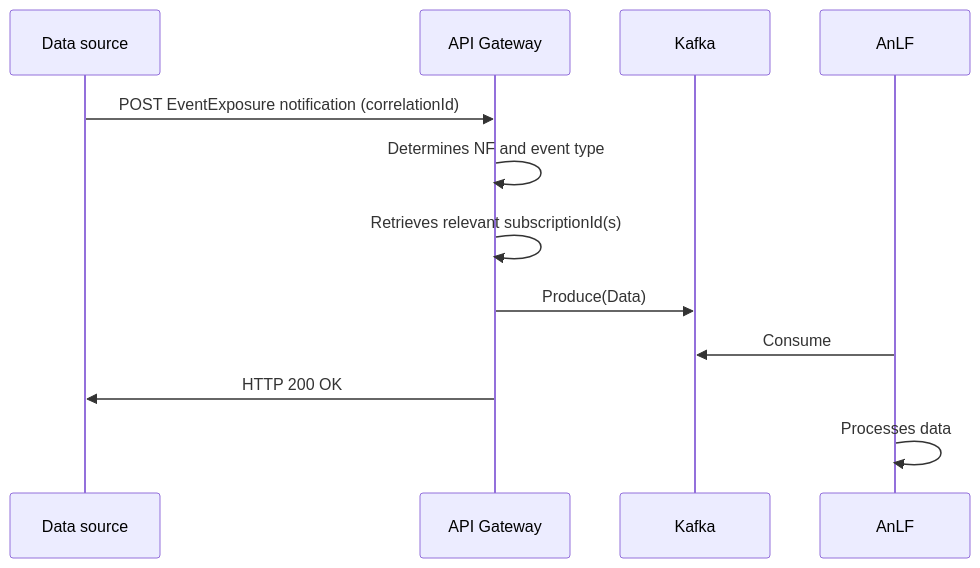
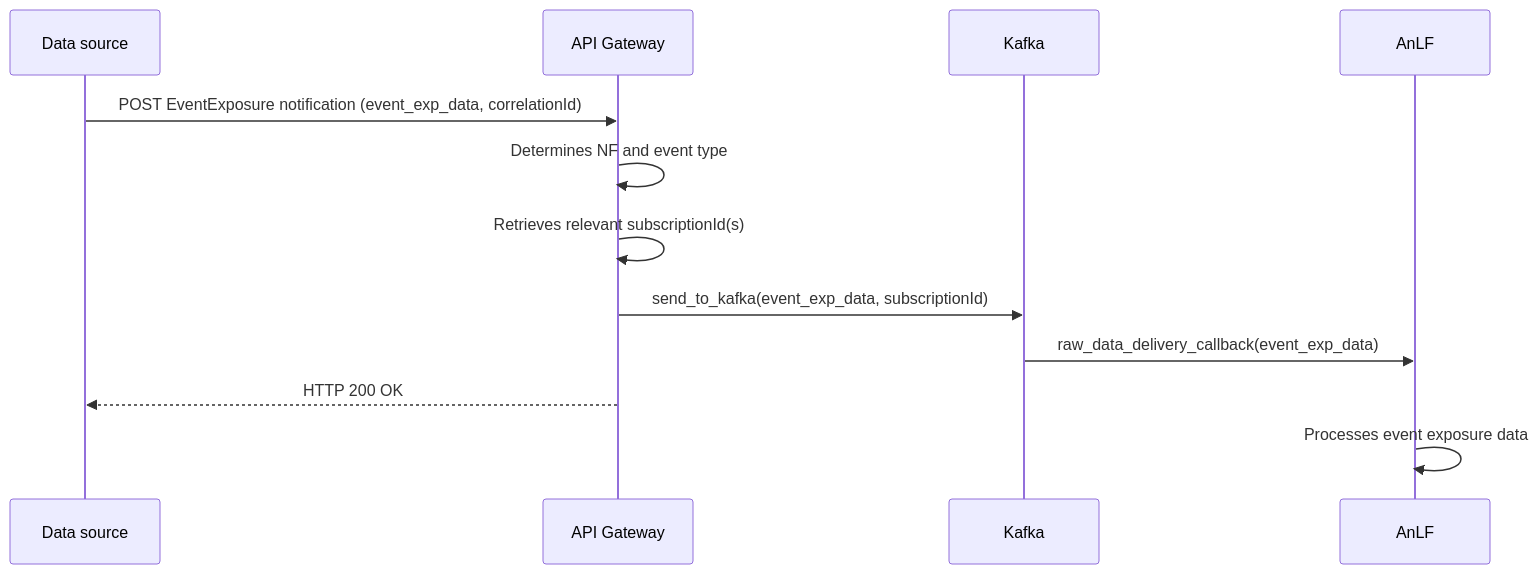
Before and after one commit to merce-fra/5G-NWDAF: the fourth of 6 diagrams in docs/Kafka_Topics_Specification.md, drawn with Mermaid. The commit also changed other lines of this file and 6 other files, not shown here.

````diff
--- a/docs/Kafka_Topics_Specification.md
+++ b/docs/Kafka_Topics_Specification.md
@@ -148,14 +147,14 @@
 ```mermaid
 sequenceDiagram
     participant D as Data source
     participant AG as API Gateway
     participant K as Kafka
     participant AN as AnLF
-    D ->> AG: POST EventExposure notification (correlationId)
+    D ->> AG: POST EventExposure notification (event_exp_data, correlationId)
     AG ->> AG: Determines NF and event type
     AG ->> AG: Retrieves relevant subscriptionId(s)
-    AG ->> K: Produce(Data)
-    AN ->> K: Consume
-    AG ->> D: HTTP 200 OK
-    AN ->> AN: Processes data
+    AG ->> K: send_to_kafka(event_exp_data, subscriptionId)
+    K ->> AN: raw_data_delivery_callback(event_exp_data)
+    AG -->> D: HTTP 200 OK
+    AN ->> AN: Processes event exposure data
 ```
````
